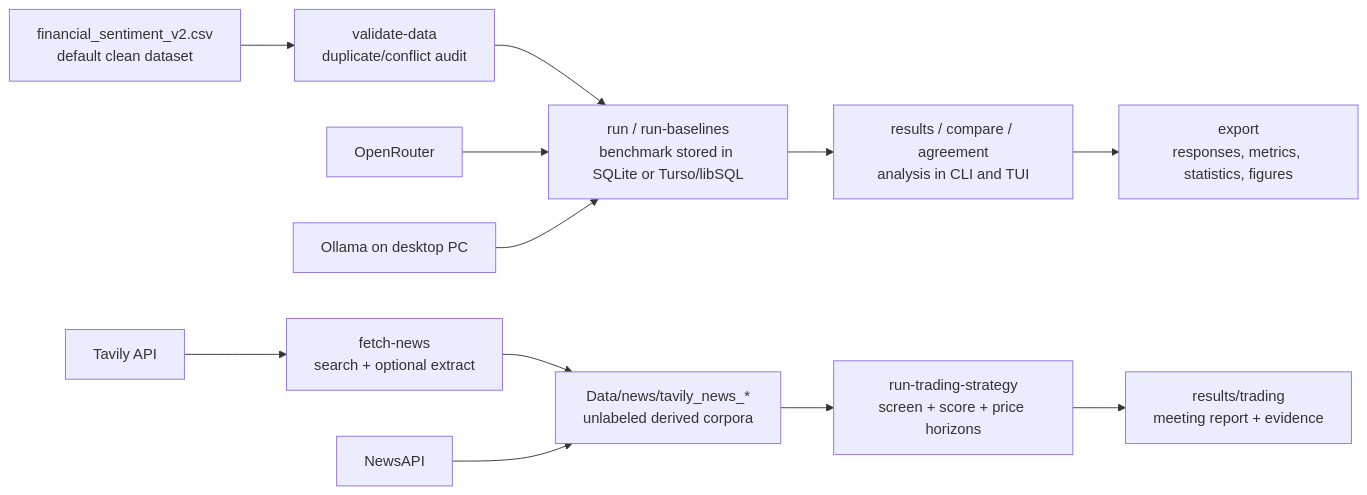
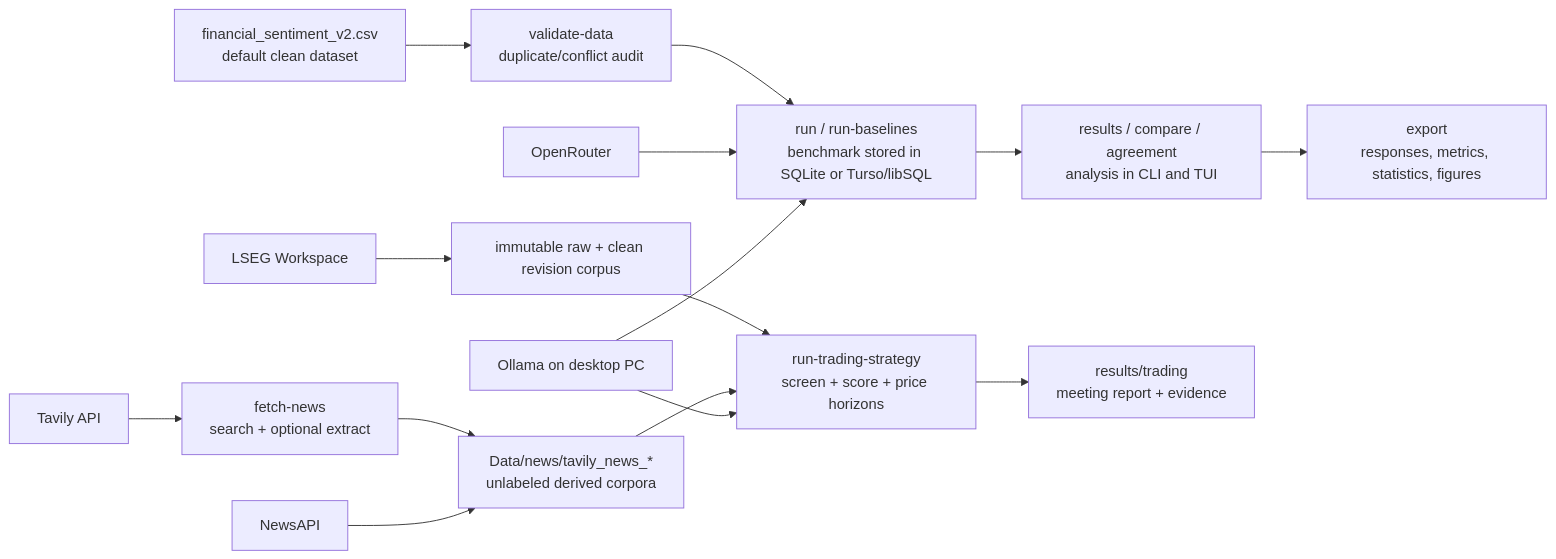
The diagram in README.md (PeterLP123/Sentiment_Dissertation), drawn with Mermaid before and after one commit. The commit also changed other lines of this file and 33 other files, not shown here.

````diff
--- a/README.md
+++ b/README.md
@@ -145,14 +157,17 @@
 ```mermaid
 flowchart LR
     A["financial_sentiment_v2.csv<br/>default clean dataset"] --> B["validate-data<br/>duplicate/conflict audit"]
     B --> C["run / run-baselines<br/>benchmark stored in SQLite or Turso/libSQL"]
     C --> D["results / compare / agreement<br/>analysis in CLI and TUI"]
     D --> E["export<br/>responses, metrics, statistics, figures"]
     F["Tavily API"] --> G["fetch-news<br/>search + optional extract"]
     G --> H["Data/news/tavily_news_*<br/>unlabeled derived corpora"]
     K["NewsAPI"] --> H
+    N["LSEG Workspace"] --> O["immutable raw + clean revision corpus"]
+    O --> L
     H --> L["run-trading-strategy<br/>screen + score + price horizons"]
     L --> M["results/trading<br/>meeting report + evidence"]
     I["OpenRouter"] --> C
     J["Ollama on desktop PC"] --> C
+    J --> L
 ```
````
